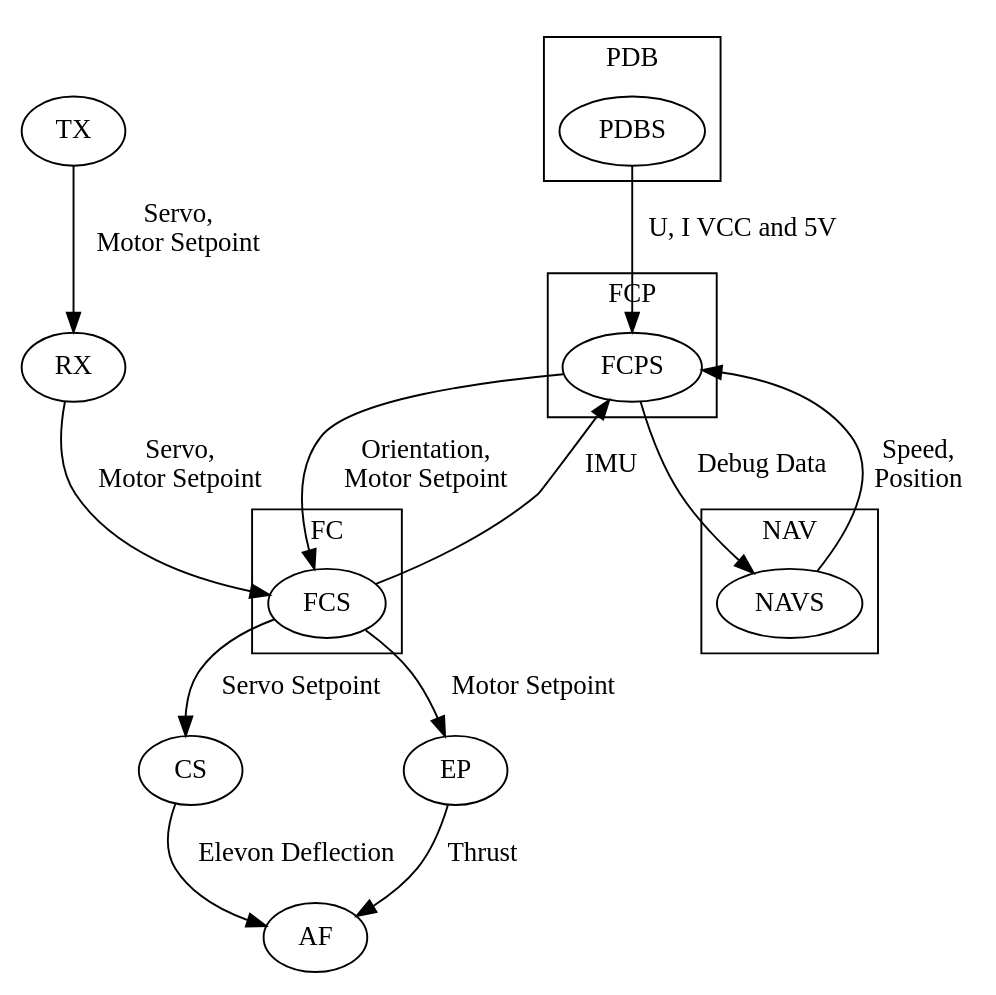
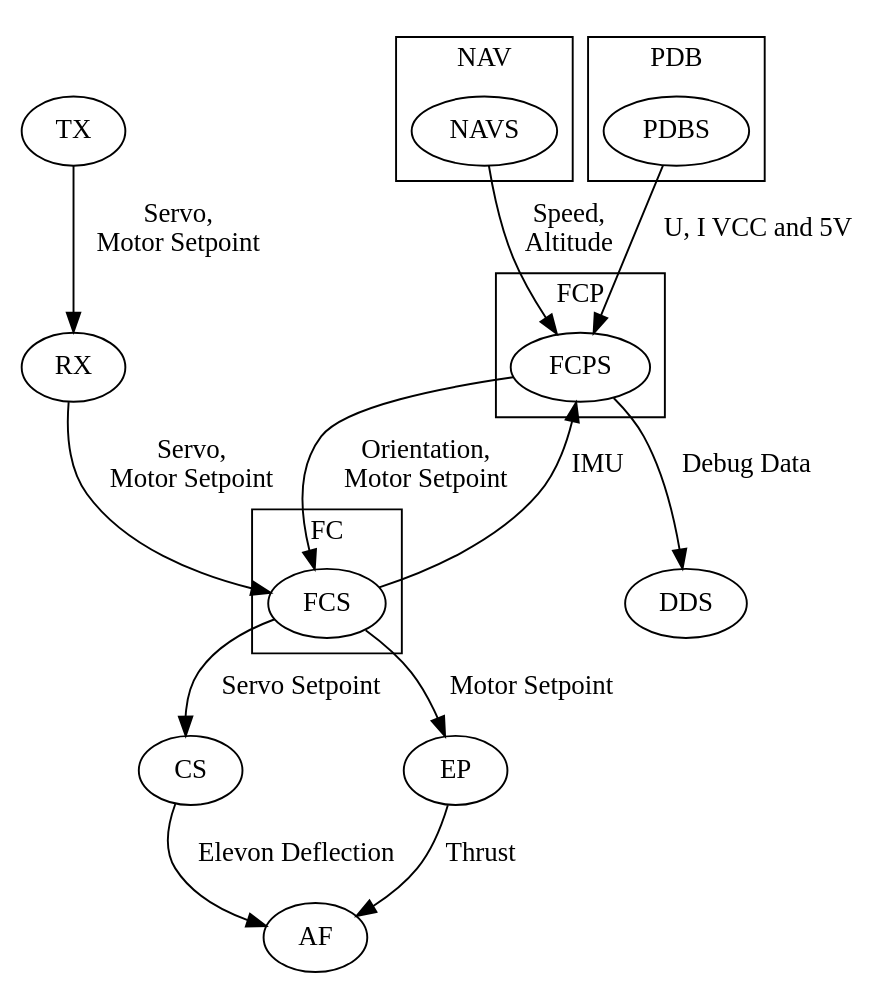
The diagram in chapters/02_requirements/system.dot (ToolboxPlane/Design), drawn with Graphviz before and after one commit. The commit also changed 11 other files, not shown here.

```diff
--- a/chapters/02_requirements/system.dot
+++ b/chapters/02_requirements/system.dot
@@ -1,72 +1,72 @@
 digraph {
    subgraph clusterFCP {
       label="FCP"
       FCPS
    }
 
    subgraph clusterFC {
       label="FC"
       FCS;
    }
 
    subgraph clusterNAV {
       label="NAV"
       NAVS;    
    }
 
    subgraph clusterPDB {
       label="PDB"
       PDBS
    }
 
    AF;
    CS;
    EP;
    RX;
    TX;
 
    FCS -> FCPS [
       label = "IMU"
    ]
 
    FCPS -> FCS [
       label = "Orientation,\nMotor Setpoint"
    ]
 
    NAVS -> FCPS [
-      label = "Speed,\nPosition"
-   ]
-
-   FCPS -> NAVS [
-      label = "Debug Data"
+      label = "Speed,\nAltitude"
    ]
 
    PDBS -> FCPS [
       label = "U, I VCC and 5V"
    ]
 
    TX -> RX [
       label = "Servo,\nMotor Setpoint"
    ];
 
    RX -> FCS [
       label = "Servo,\nMotor Setpoint"
    ];
 
    FCS -> CS [
       label = "Servo Setpoint"
    ]
 
    FCS -> EP [
       label = "Motor Setpoint"
    ]
 
    CS -> AF [
       label = "Elevon Deflection"
    ]
 
    EP -> AF [
       label = "Thrust"
    ]
 
+   FCPS -> DDS [
+      label = "Debug Data"
+   ]
+
 }
```
